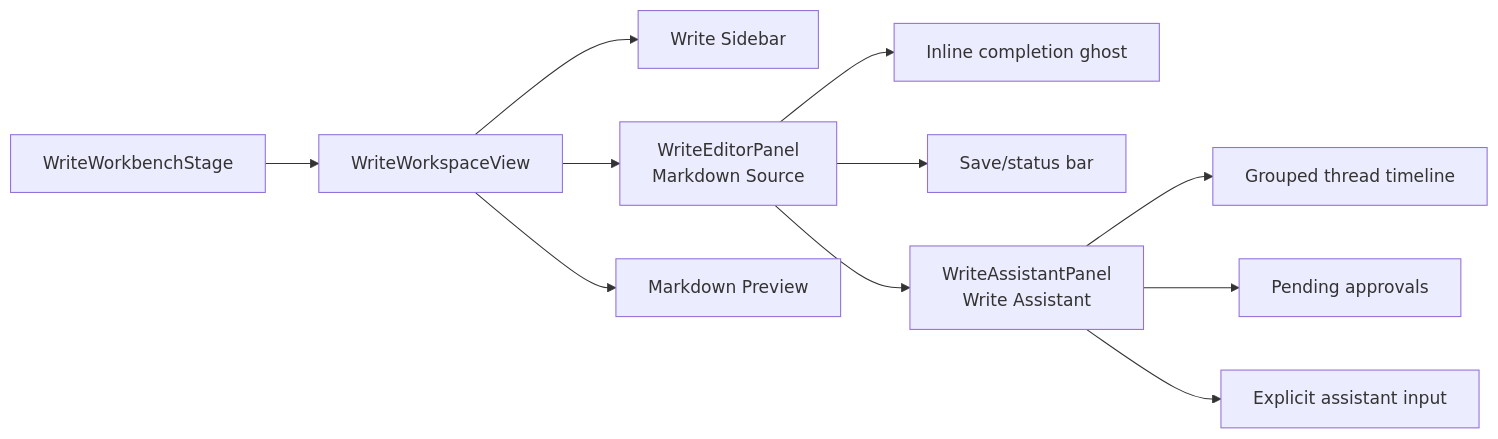
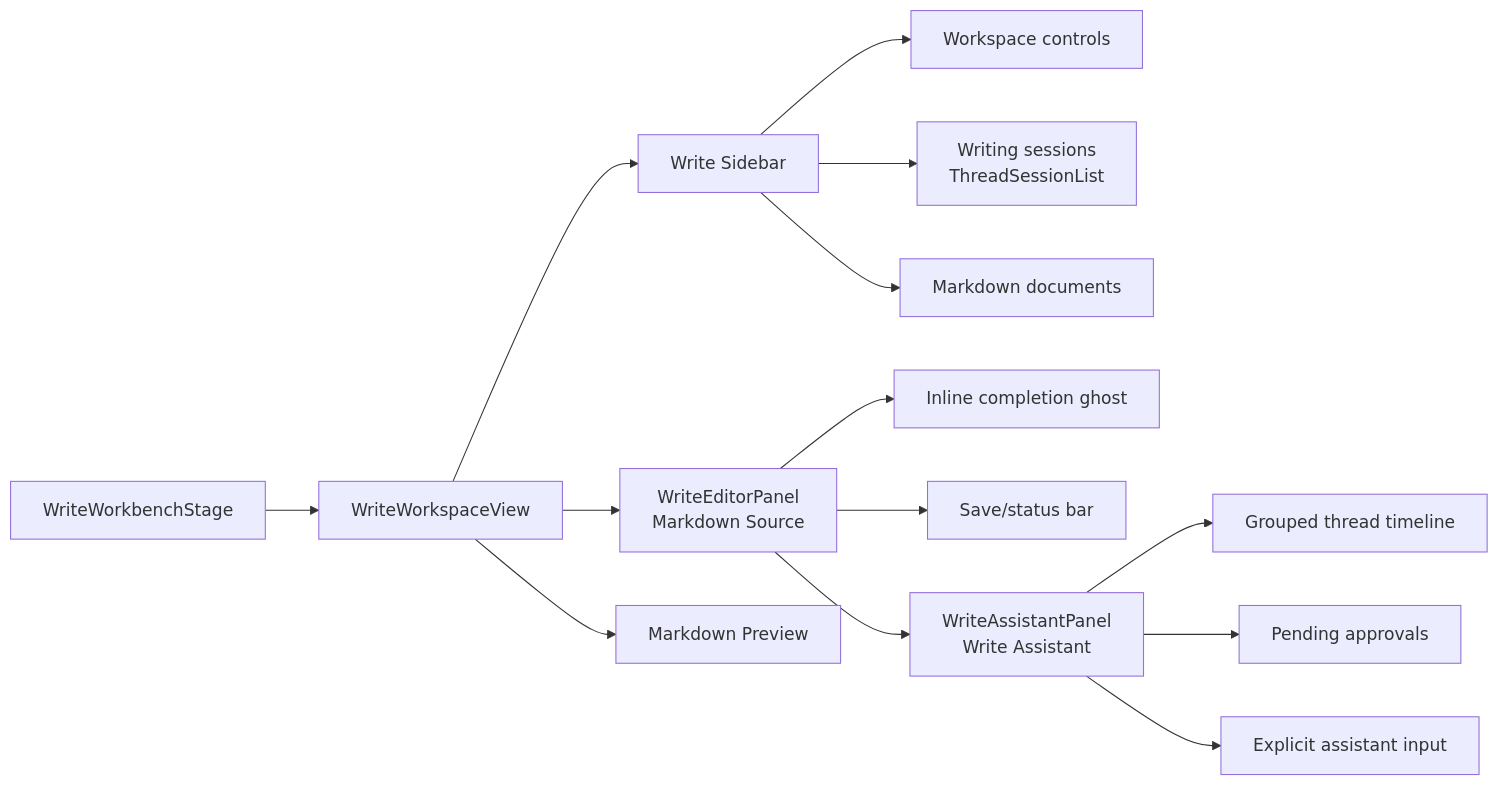
Before and after one commit to dp-sudo/agent-pyramid-desktop: the third of 5 diagrams in docs/ui-layout-reference.md, drawn with Mermaid. The commit also changed other lines of this file and 19 other files, not shown here.

````diff
--- a/docs/ui-layout-reference.md
+++ b/docs/ui-layout-reference.md
@@ -530,25 +536,31 @@
 ```mermaid
 flowchart LR
   Sidebar["Write Sidebar"]
+  WorkspaceBlock["Workspace controls"]
+  Sessions["Writing sessions\nThreadSessionList"]
+  Documents["Markdown documents"]
   Stage["WriteWorkbenchStage"]
   Workspace["WriteWorkspaceView"]
   Editor["WriteEditorPanel\nMarkdown Source"]
   Preview["Markdown Preview"]
   Ghost["Inline completion ghost"]
   Status["Save/status bar"]
   Assistant["WriteAssistantPanel\nWrite Assistant"]
   Messages["Grouped thread timeline"]
   Pending["Pending approvals"]
   Prompt["Explicit assistant input"]
 
   Stage --> Workspace
   Workspace --> Sidebar
+  Sidebar --> WorkspaceBlock
+  Sidebar --> Sessions
+  Sidebar --> Documents
   Workspace --> Editor
   Workspace --> Preview
   Editor --> Ghost
   Editor --> Status
   Editor --> Assistant
   Assistant --> Messages
   Assistant --> Pending
   Assistant --> Prompt
 ```
````
